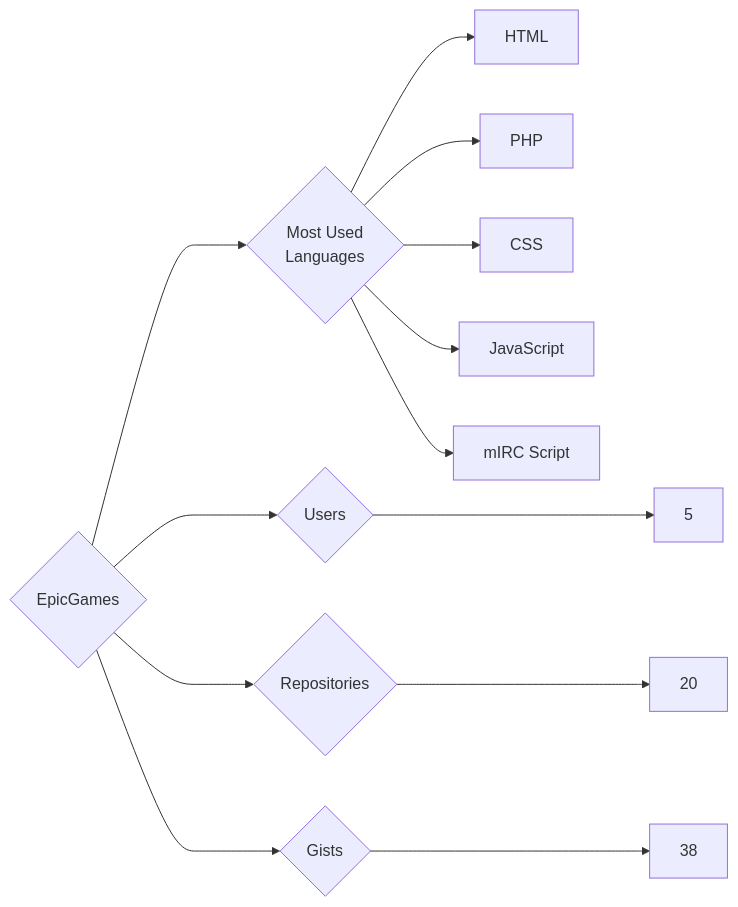
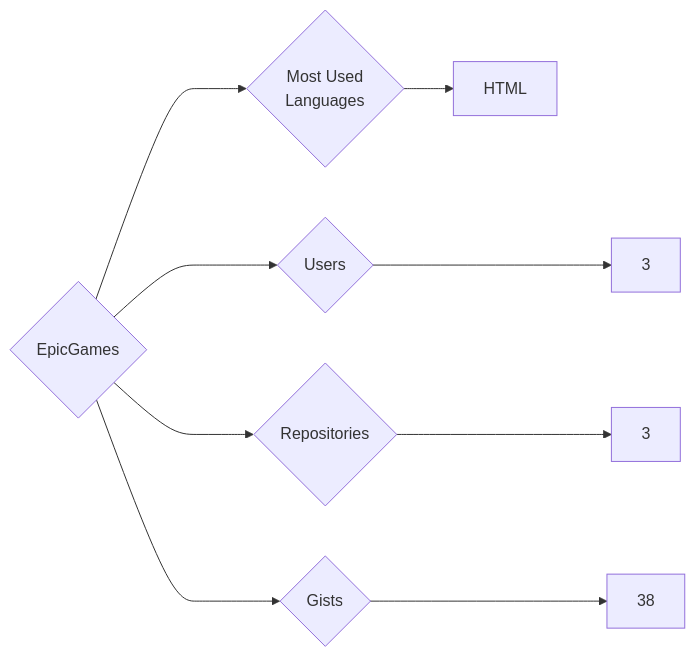
One commit to trickest/insiders changed the diagram in targets/EpicGames/README.md. Above: the diagram before and after it, drawn with Mermaid. The commit also changed 1170 other files, not shown here.

````diff
--- a/targets/EpicGames/README.md
+++ b/targets/EpicGames/README.md
@@ -3,13 +3,9 @@
 ```mermaid
 graph LR
 COMPANY_NAME{EpicGames}
-COMPANY_NAME ---> U{Users} ---> UN[5]
-COMPANY_NAME ---> R{Repositories} ---> RN[20]
+COMPANY_NAME ---> U{Users} ---> UN[3]
+COMPANY_NAME ---> R{Repositories} ---> RN[3]
 COMPANY_NAME ---> G{Gists} ---> GN[38]
 COMPANY_NAME ---> ML{Most Used<br>Languages}
 ML --> HTML[HTML]
-ML --> PHP[PHP]
-ML --> CSS[CSS]
-ML --> JavaScript[JavaScript]
-ML --> mIRC_Script[mIRC Script]
 ```
````
